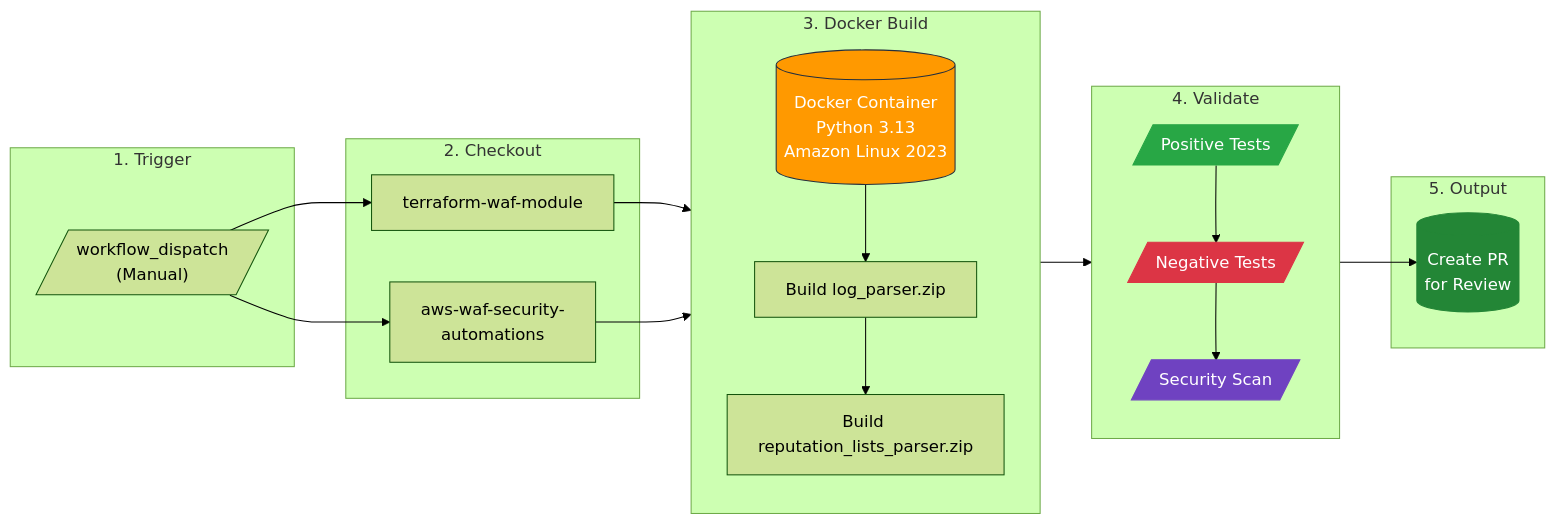
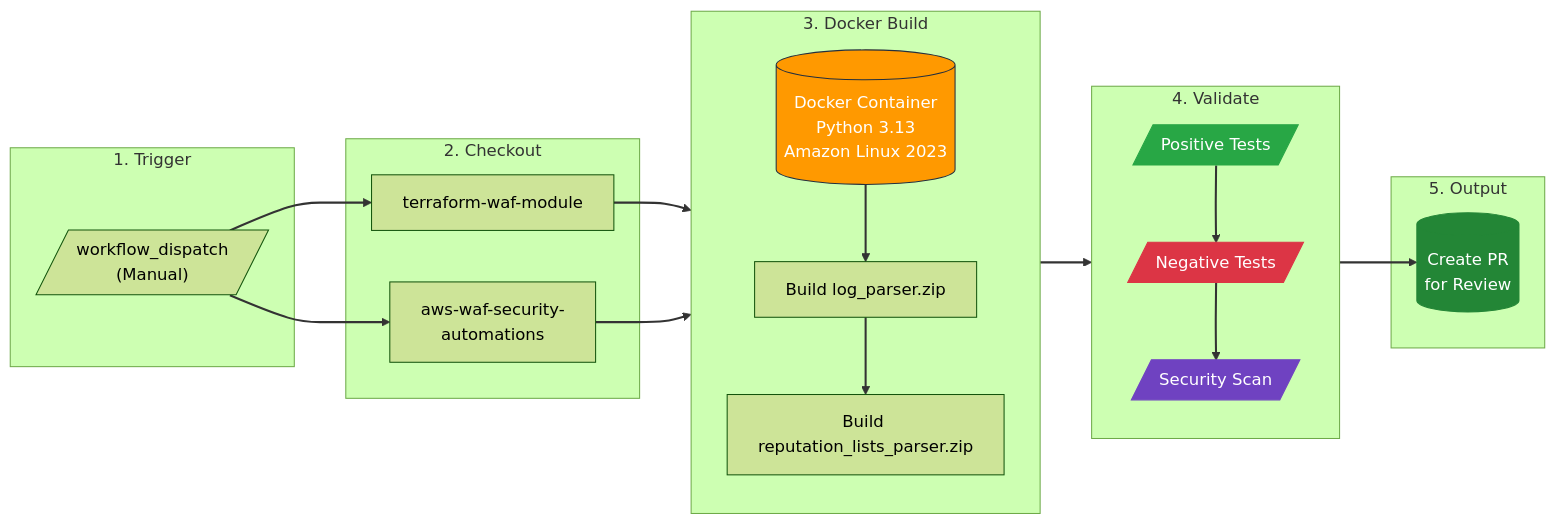
The second of 6 diagrams in docs/ARCHITECTURE.md (datastreamapp/terraform-waf-module), drawn with Mermaid (forest theme) before and after one commit. The commit also changed other lines of this file and 2 other files, not shown here.

Commit message:
feat(diagram): change arrow colors, update TODOLIST.md

````diff
--- a/docs/ARCHITECTURE.md
+++ b/docs/ARCHITECTURE.md
@@ -76,42 +78,44 @@
 ```mermaid
 flowchart LR
     subgraph Trigger["1. Trigger"]
         Manual[/"workflow_dispatch<br/>(Manual)"/]
     end
 
     subgraph Checkout["2. Checkout"]
         Repo[terraform-waf-module]
         Upstream[aws-waf-security-<br/>automations]
     end
 
     subgraph Build["3. Docker Build"]
         direction TB
         Docker[("Docker Container<br/>Python 3.13<br/>Amazon Linux 2023")]
         LP_Build[Build log_parser.zip]
         RP_Build[Build reputation_lists_parser.zip]
         Docker --> LP_Build --> RP_Build
     end
 
     subgraph Validate["4. Validate"]
         direction TB
         Pos[/"Positive Tests"/]
         Neg[/"Negative Tests"/]
         Sec[/"Security Scan"/]
     end
 
     subgraph Output["5. Output"]
         PR[("Create PR<br/>for Review")]
     end
 
     Manual --> Repo
     Manual --> Upstream
     Repo --> Docker
     Upstream --> Docker
     RP_Build --> Pos --> Neg --> Sec --> PR
 
     style Docker fill:#FF9900,stroke:#232F3E,color:white
     style PR fill:#238636,stroke:#238636,color:white
     style Pos fill:#28a745,stroke:#28a745,color:white
     style Neg fill:#dc3545,stroke:#dc3545,color:white
     style Sec fill:#6f42c1,stroke:#6f42c1,color:white
+
+    linkStyle default stroke:#333,stroke-width:2px
 ```
````
